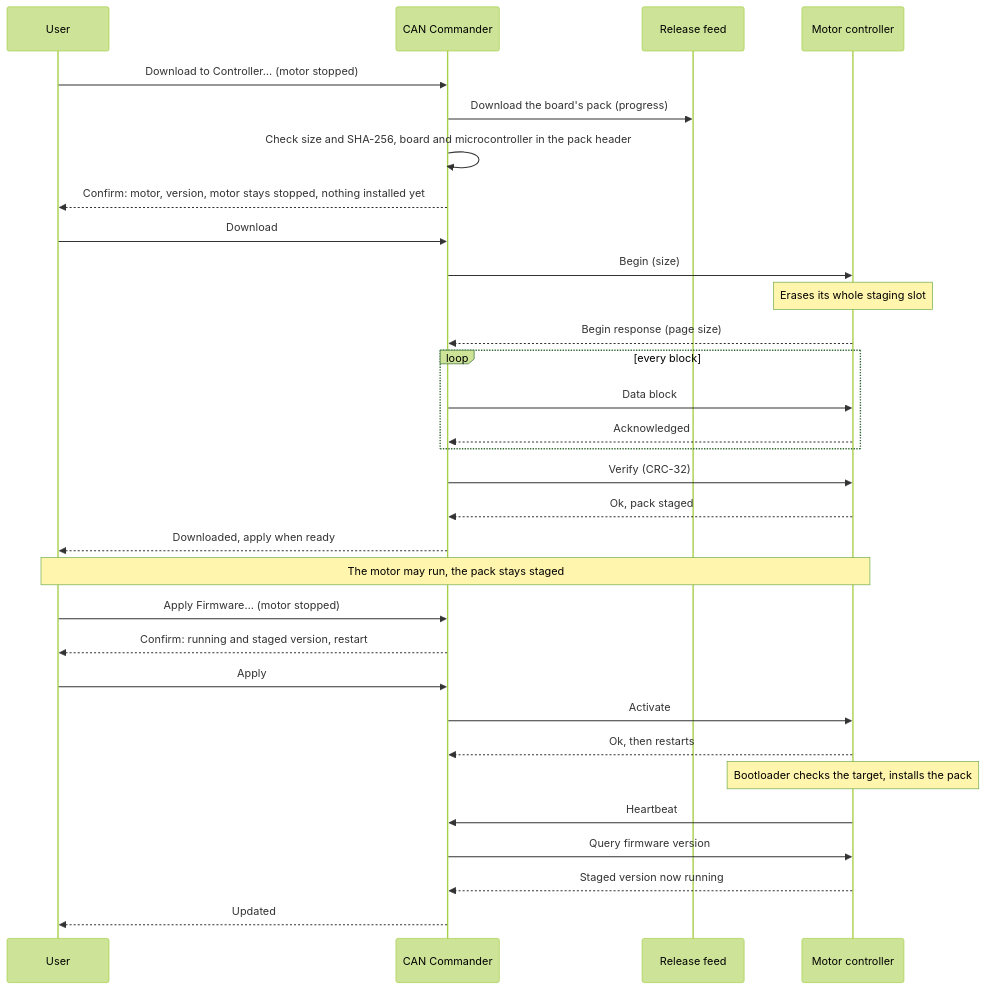
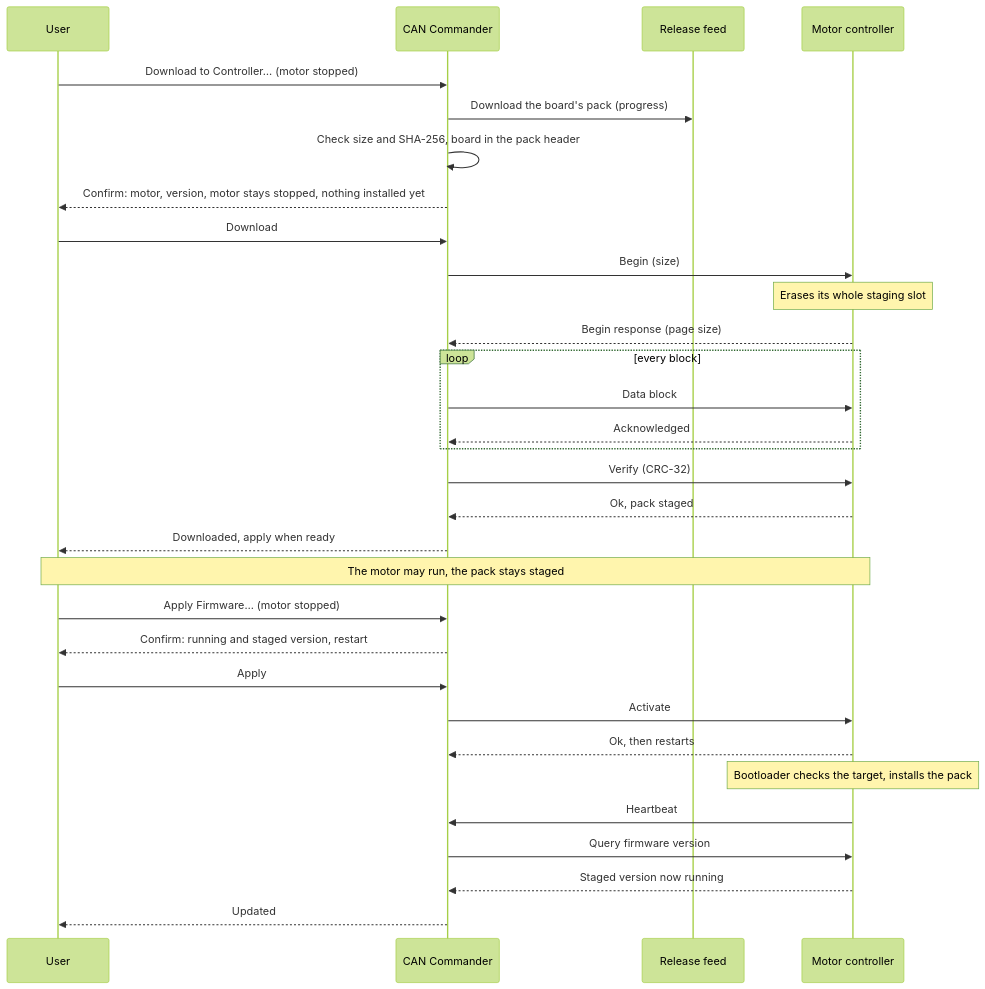
The ninth of 10 diagrams in documentation/design/tool-can-commander.md (embedded-pro/e-foc), drawn with Mermaid (forest theme) before and after one commit. The commit also changed other lines of this file and 79 other files, not shown here.

````diff
--- a/documentation/design/tool-can-commander.md
+++ b/documentation/design/tool-can-commander.md
@@ -747,33 +737,33 @@
 ```mermaid
 sequenceDiagram
     participant User
     participant Tool as CAN Commander
     participant Feed as Release feed
     participant Node as Motor controller
     User->>Tool: Download to Controller… (motor stopped)
     Tool->>Feed: Download the board's pack (progress)
-    Tool->>Tool: Check size and SHA-256, board and microcontroller in the pack header
+    Tool->>Tool: Check size and SHA-256, board in the pack header
     Tool-->>User: Confirm: motor, version, motor stays stopped, nothing installed yet
     User->>Tool: Download
     Tool->>Node: Begin (size)
     Note over Node: Erases its whole staging slot
     Node-->>Tool: Begin response (page size)
     loop every block
         Tool->>Node: Data block
         Node-->>Tool: Acknowledged
     end
     Tool->>Node: Verify (CRC-32)
     Node-->>Tool: Ok, pack staged
     Tool-->>User: Downloaded, apply when ready
     Note over User,Node: The motor may run, the pack stays staged
     User->>Tool: Apply Firmware… (motor stopped)
     Tool-->>User: Confirm: running and staged version, restart
     User->>Tool: Apply
     Tool->>Node: Activate
     Node-->>Tool: Ok, then restarts
     Note over Node: Bootloader checks the target, installs the pack
     Node->>Tool: Heartbeat
     Tool->>Node: Query firmware version
     Node-->>Tool: Staged version now running
     Tool-->>User: Updated
 ```
````
